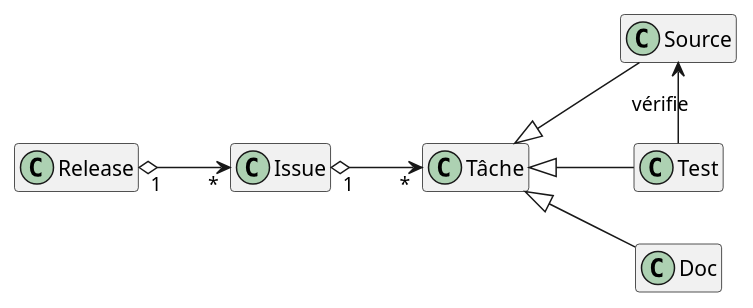
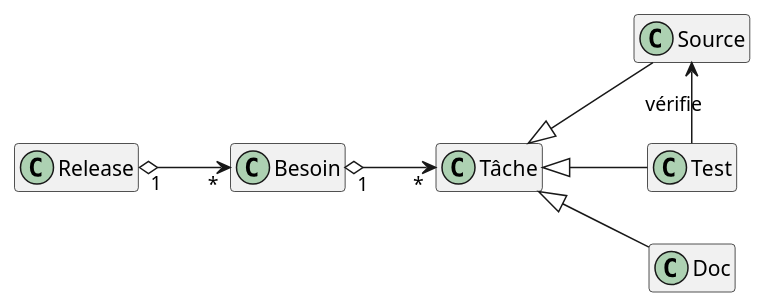
The diagram in artefacts.pu (xblanc33/QualiteDev), drawn with PlantUML before and after one commit. The commit also changed 17 other files, not shown here.

Commit message:
:recycle: issue -> besoin

```diff
--- a/artefacts.pu
+++ b/artefacts.pu
@@ -1,18 +1,18 @@
 @startuml
 hide empty members
 left to right direction
 
-class Issue
+class Besoin
 class "Tâche" as tache
 class Release
 class Doc
 class Test
 class Source
 
-Issue "1" o--> "*" tache
+Besoin "1" o--> "*" tache
 Test -left-> Source : vérifie
-Release "1" o--> "*" Issue
+Release "1" o--> "*" Besoin
 tache <|-- Doc
 tache <|-- Source
 tache <|-- Test
 @enduml
```
